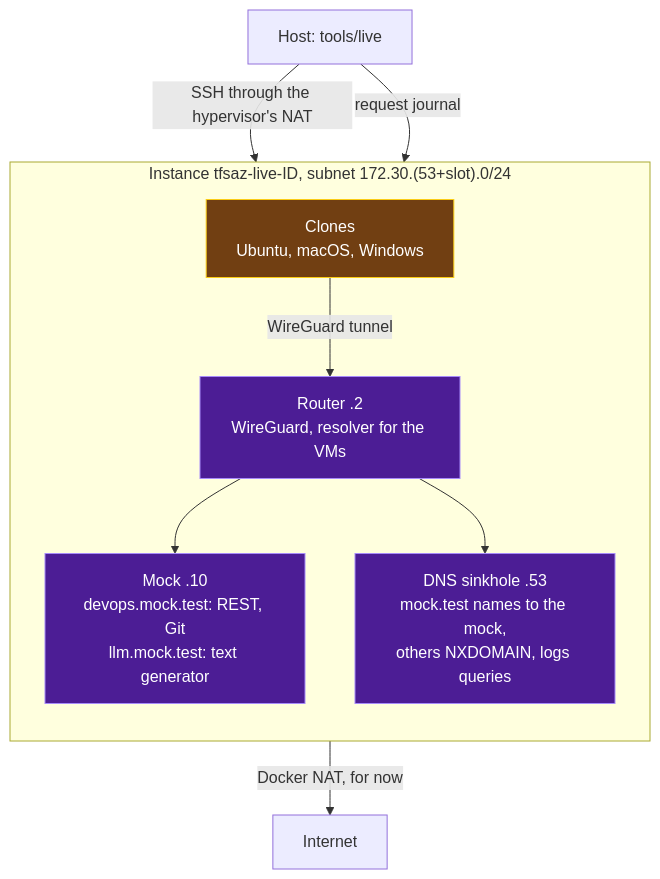
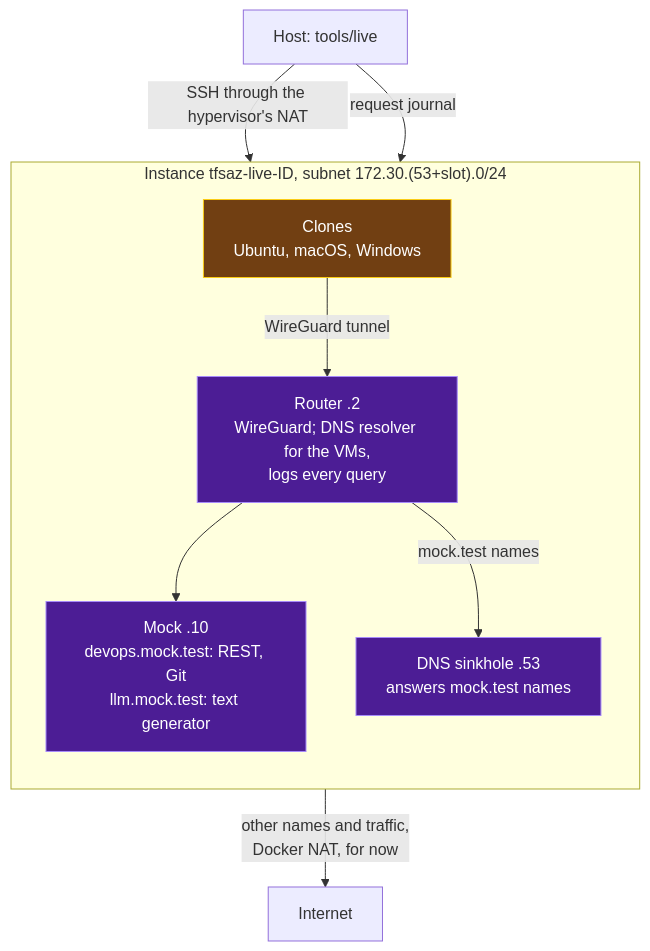
One commit to toolspell/tfsaz changed the second of 3 diagrams in docs/operations/live-tests-overview.md. Above: the diagram before and after it, drawn with Mermaid.

Commit message:
docs(live): show both DNS paths in the runtime diagram

````diff
--- a/docs/operations/live-tests-overview.md
+++ b/docs/operations/live-tests-overview.md
@@ -51,22 +51,22 @@
 ```mermaid
 flowchart TB
   host["Host: tools/live"]
   subgraph inst["Instance tfsaz-live-ID, subnet 172.30.(53+slot).0/24"]
     direction TB
     clients["Clones<br/>Ubuntu, macOS, Windows"]
-    router["Router .2<br/>WireGuard, resolver for the VMs"]
+    router["Router .2<br/>WireGuard; DNS resolver for the VMs,<br/>logs every query"]
     mock["Mock .10<br/>devops.mock.test: REST, Git<br/>llm.mock.test: text generator"]
-    dns["DNS sinkhole .53<br/>mock.test names to the mock,<br/>others NXDOMAIN, logs queries"]
+    dns["DNS sinkhole .53<br/>answers mock.test names"]
     clients -- "WireGuard tunnel" --> router
     router --> mock
-    router --> dns
+    router -- "mock.test names" --> dns
   end
   internet["Internet"]
   host -- "SSH through the hypervisor's NAT" --> clients
   host -- "request journal" --> mock
-  router -- "Docker NAT, for now" --> internet
+  router -- "other names and traffic,<br/>Docker NAT, for now" --> internet
   classDef instance fill:#713f12,stroke:#facc15,color:#fff
   classDef bed fill:#4c1d95,stroke:#a78bfa,color:#fff
   class clients instance
   class router,mock,dns bed
 ```
````
